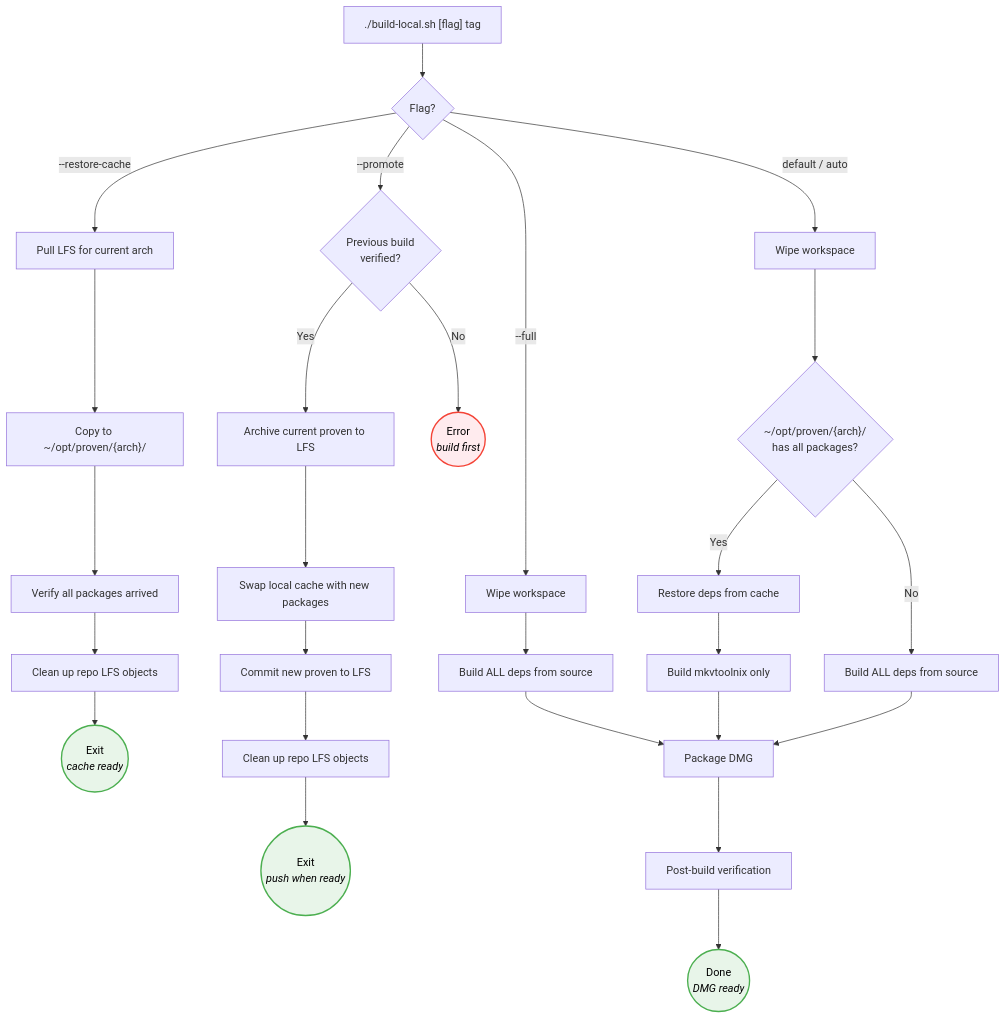
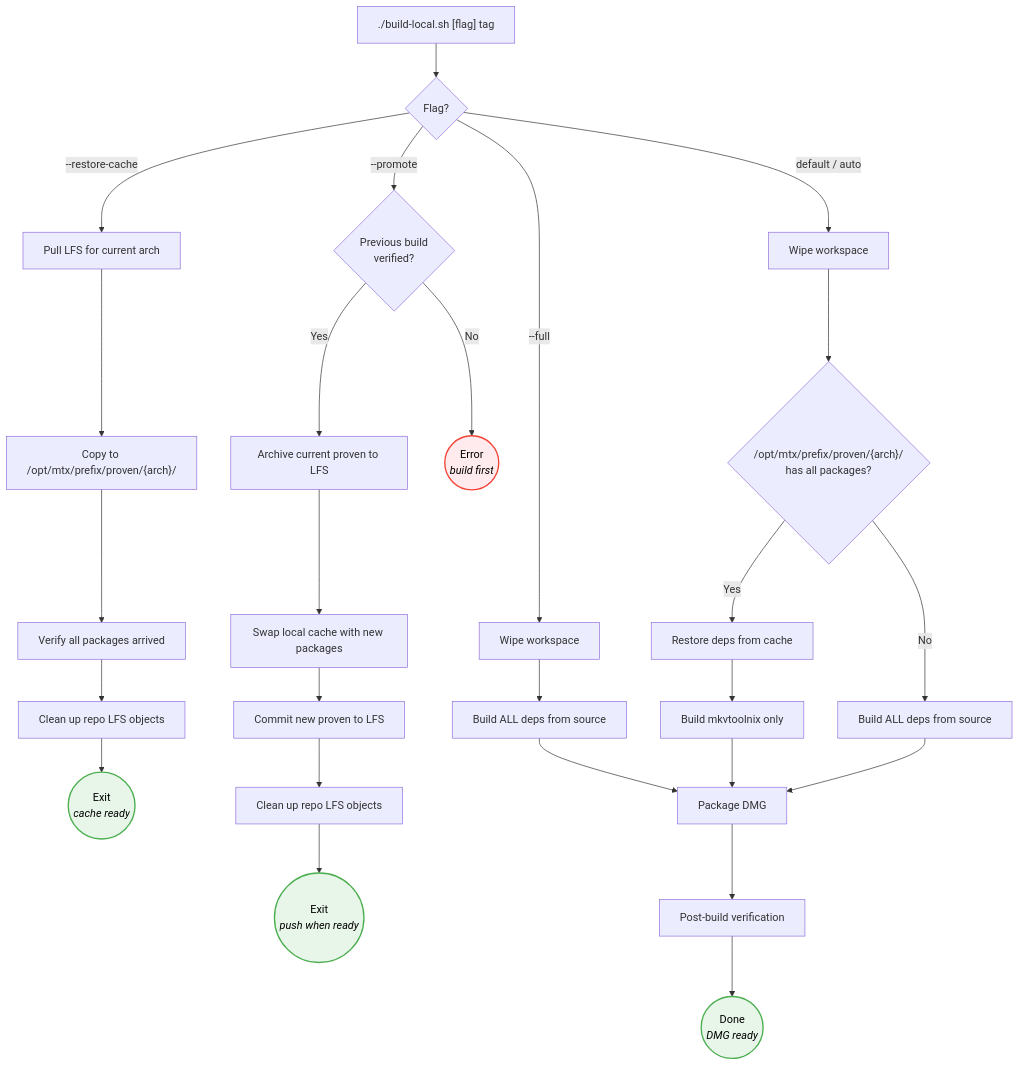
The second of 5 diagrams in docs/build-workflow.md (CorticalCode/mkvtoolnix-gui-macos), drawn with Mermaid before and after one commit. The commit also changed other lines of this file and 7 other files, not shown here.

````diff
--- a/docs/build-workflow.md
+++ b/docs/build-workflow.md
@@ -41,38 +41,38 @@
 ```mermaid
 flowchart TD
     START["./build-local.sh [flag] tag"] --> MODE{Flag?}
 
     MODE -->|--restore-cache| RC1["Pull LFS for current arch"]
-    RC1 --> RC2["Copy to ~/opt/proven/{arch}/"]
+    RC1 --> RC2["Copy to /opt/mtx/prefix/proven/{arch}/"]
     RC2 --> RC3["Verify all packages arrived"]
     RC3 --> RC4["Clean up repo LFS objects"]
     RC4 --> RC5(("Exit<br/><i>cache ready</i>"))
 
     MODE -->|--full| F1["Wipe workspace"]
     F1 --> F2["Build ALL deps from source"]
     F2 --> POST
 
     MODE -->|default / auto| A1["Wipe workspace"]
-    A1 --> A2{"~/opt/proven/{arch}/<br/>has all packages?"}
+    A1 --> A2{"/opt/mtx/prefix/proven/{arch}/<br/>has all packages?"}
     A2 -->|Yes| A3["Restore deps from cache"]
     A3 --> A4["Build mkvtoolnix only"]
     A4 --> POST
     A2 -->|No| A5["Build ALL deps from source"]
     A5 --> POST
 
     MODE -->|--promote| P1{"Previous build<br/>verified?"}
     P1 -->|No| P2(("Error<br/><i>build first</i>"))
     P1 -->|Yes| P3["Archive current proven to LFS"]
     P3 --> P4["Swap local cache with new packages"]
     P4 --> P5["Commit new proven to LFS"]
     P5 --> P6["Clean up repo LFS objects"]
     P6 --> P7(("Exit<br/><i>push when ready</i>"))
 
     POST["Package DMG"] --> VERIFY["Post-build verification"]
     VERIFY --> DONE(("Done<br/><i>DMG ready</i>"))
 
     style RC5 fill:#e8f5e9,stroke:#4caf50,stroke-width:2px,color:#000
     style P2 fill:#ffebee,stroke:#f44336,stroke-width:2px,color:#000
     style P7 fill:#e8f5e9,stroke:#4caf50,stroke-width:2px,color:#000
     style DONE fill:#e8f5e9,stroke:#4caf50,stroke-width:2px,color:#000
 ```
````
